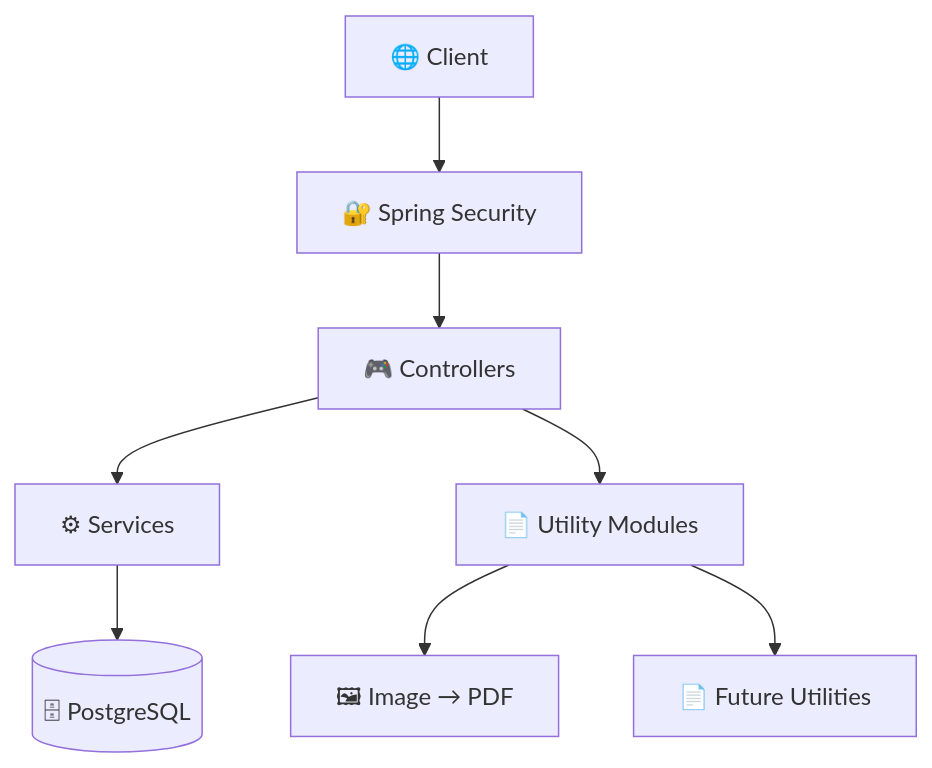
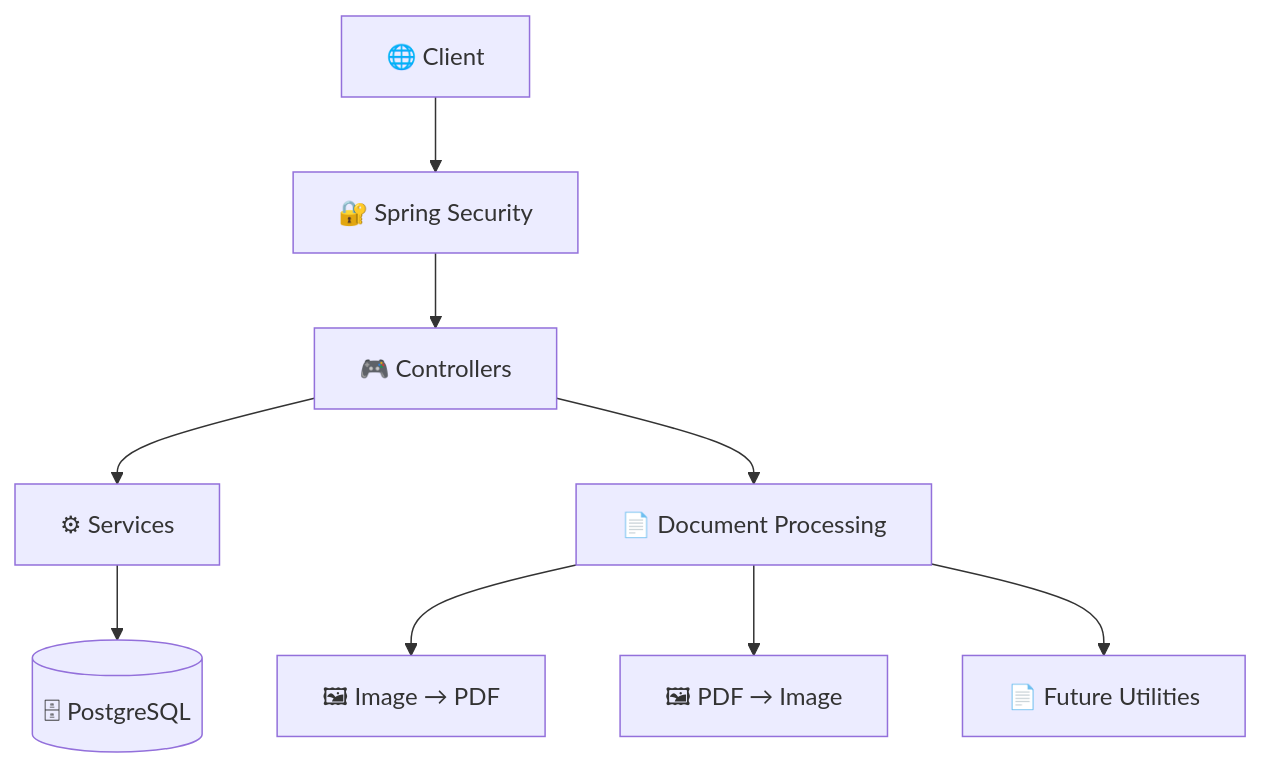
Before and after one commit to Timely-Position463/productivity-platform: the second of 3 diagrams in README.md, drawn with Mermaid. The commit also changed other lines of this file and 24 other files, not shown here.

Commit message:
feat: release v0.7.0 document processing foundation

````diff
--- a/README.md
+++ b/README.md
@@ -268,19 +286,21 @@
 ```mermaid
 flowchart TD
 
 A[🌐 Client]
 
 A --> B[🔐 Spring Security]
 
 B --> C[🎮 Controllers]
 
 C --> D[⚙ Services]
 
 D --> E[(🗄 PostgreSQL)]
 
-C --> F[📄 Utility Modules]
+C --> F[📄 Document Processing]
 
 F --> G[🖼 Image → PDF]
 
-F --> H[📄 Future Utilities]
+F --> H[🖼 PDF → Image]
+
+F --> I[📄 Future Utilities]
 ```
````
